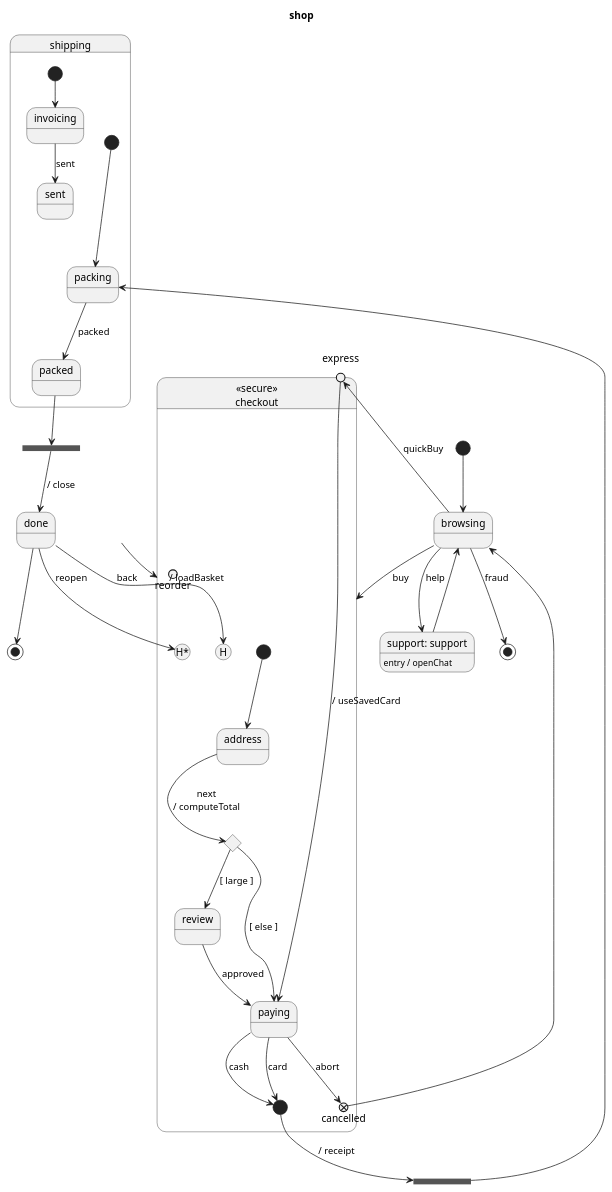
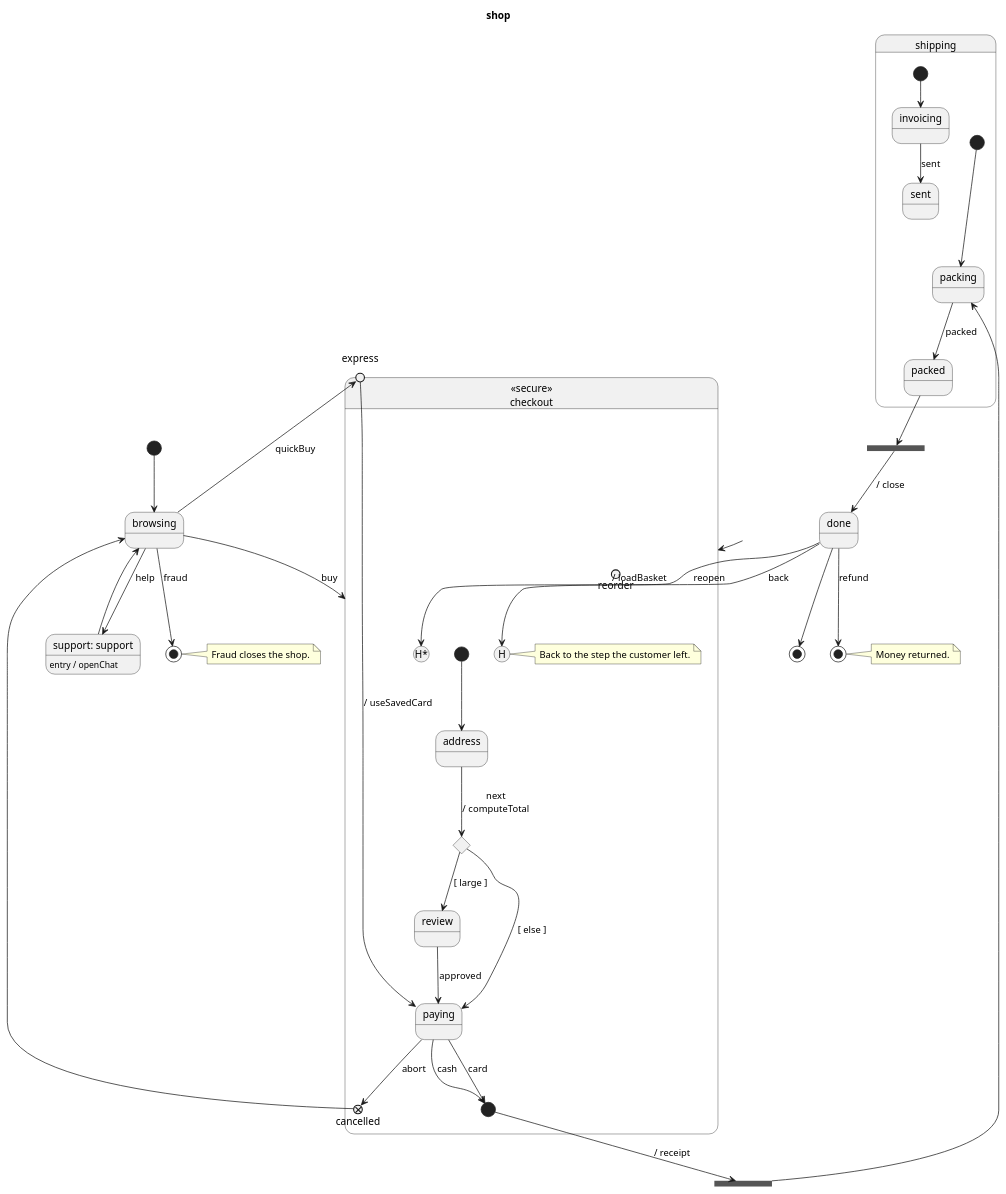
Before and after one commit to vincedupuis/transplantUML: the diagram in example/shop.puml, drawn with PlantUML. The commit also changed 12 other files, not shown here.

First line of the commit message:
Declare and annotate final, terminate and history states in fsm

```diff
--- a/example/shop.puml
+++ b/example/shop.puml
@@ -1,58 +1,63 @@
 @startuml
 title shop
 [*] --> browsing
 state reorder <<entryPoint>>
 state browsing
 state "support: support" as support
 support : entry / openChat
 state "«secure»\ncheckout" as checkout <<secure>> {
     [*] --> address
     state express <<entryPoint>>
     state cancelled <<exitPoint>>
+    state "checkout.H" as checkout_H <<history>>
+    note right of checkout_H : Back to the step the customer left.
     state address
     state route <<choice>>
     state review
     state paying
     state paid <<start>>
     state "checkout.H-deep" as checkout_H_deep <<history*>>
-    state "checkout.H" as checkout_H <<history>>
     express --> paying: / useSavedCard
     address --> route: next\n/ computeTotal
     route --> review: [ large ]
     route --> paying: [ else ]
     review --> paying: approved
     paying --> paid: cash
     paying --> paid: card
     paying --> cancelled: abort
 }
 state split <<fork>>
 state shipping {
     [*] --> packing
     state packing
     state packed
     packing --> packed: packed
     --
     [*] --> invoicing
     state invoicing
     state sent
     invoicing --> sent: sent
 }
 state merge <<join>>
 state done
+state refunded <<end>>
+note right of refunded : Money returned.
 state terminate <<end>>
+note right of terminate : Fraud closes the shop.
 state final <<end>>
 reorder --> checkout: / loadBasket
 browsing --> checkout: buy
 browsing --> express: quickBuy
 browsing --> terminate: fraud
 browsing --> support: help
 support --> browsing
 cancelled --> browsing
 paid --> split: / receipt
 split --> packing
 packed --> merge
 merge --> done: / close
 done --> checkout_H_deep: reopen
 done --> checkout_H: back
+done --> refunded: refund
 done --> final
 @enduml
```
